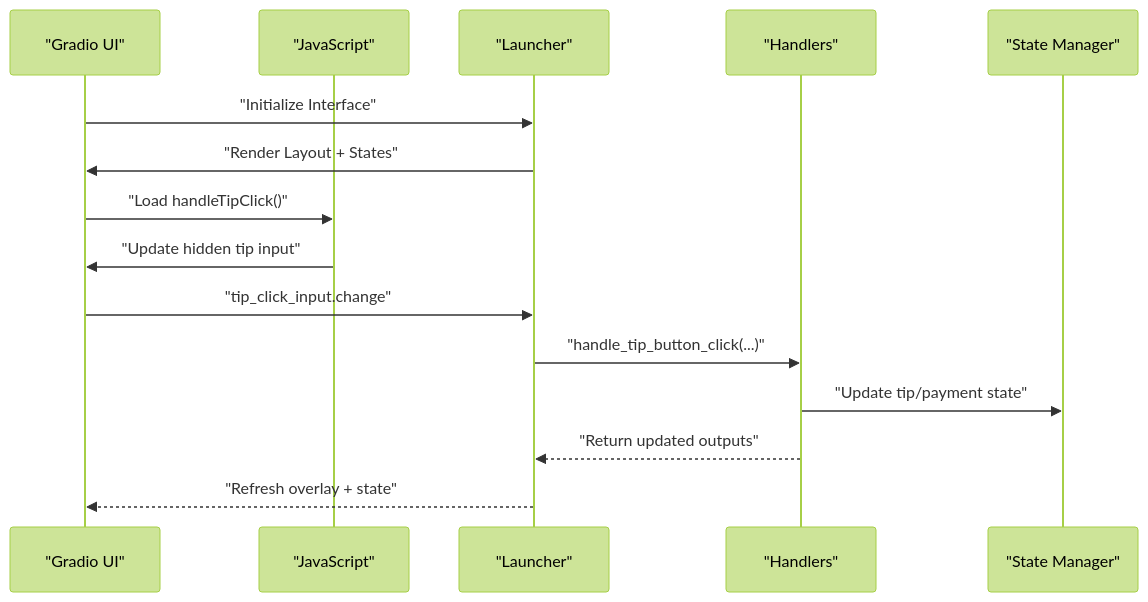
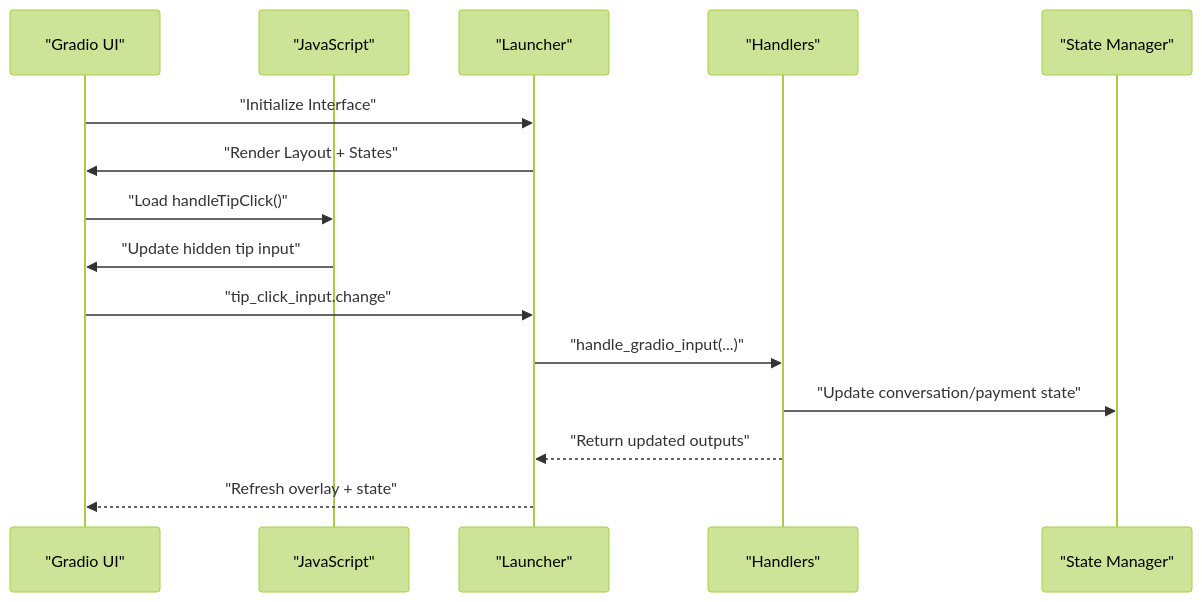
Before and after one commit to MOK-5-ha/MayaMCP: the fourth of 8 diagrams in .qoder/repowiki/en/content/API Reference/UI Handler API.md, drawn with Mermaid (forest theme). The commit also changed other lines of this file and 27 other files, not shown here.

````diff
--- a/.qoder/repowiki/en/content/API Reference/UI Handler API.md
+++ b/.qoder/repowiki/en/content/API Reference/UI Handler API.md
@@ -228,17 +246,17 @@
 ```mermaid
 sequenceDiagram
 participant UI as "Gradio UI"
 participant JS as "JavaScript"
 participant L as "Launcher"
 participant H as "Handlers"
 participant SM as "State Manager"
 UI->>L : "Initialize Interface"
 L->>UI : "Render Layout + States"
 UI->>JS : "Load handleTipClick()"
 JS->>UI : "Update hidden tip input"
 UI->>L : "tip_click_input.change"
-L->>H : "handle_tip_button_click(...)"
-H->>SM : "Update tip/payment state"
+L->>H : "handle_gradio_input(...)"
+H->>SM : "Update conversation/payment state"
 H-->>L : "Return updated outputs"
 L-->>UI : "Refresh overlay + state"
 ```
````
